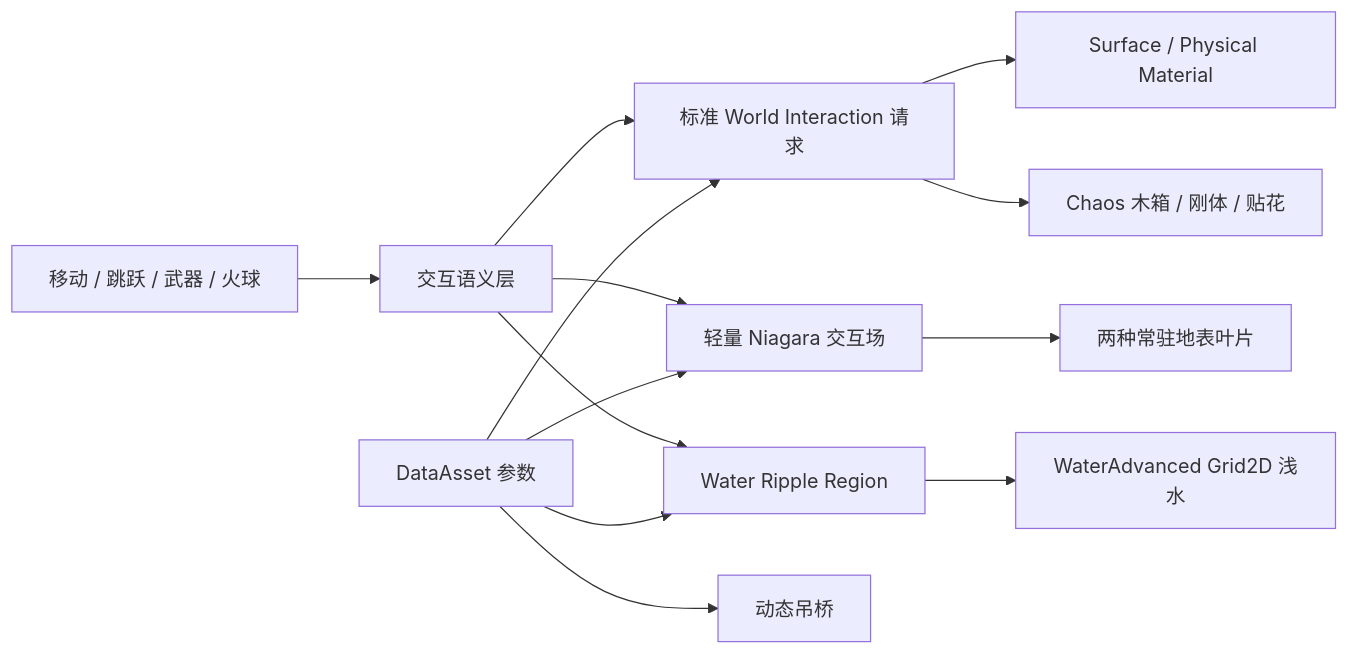
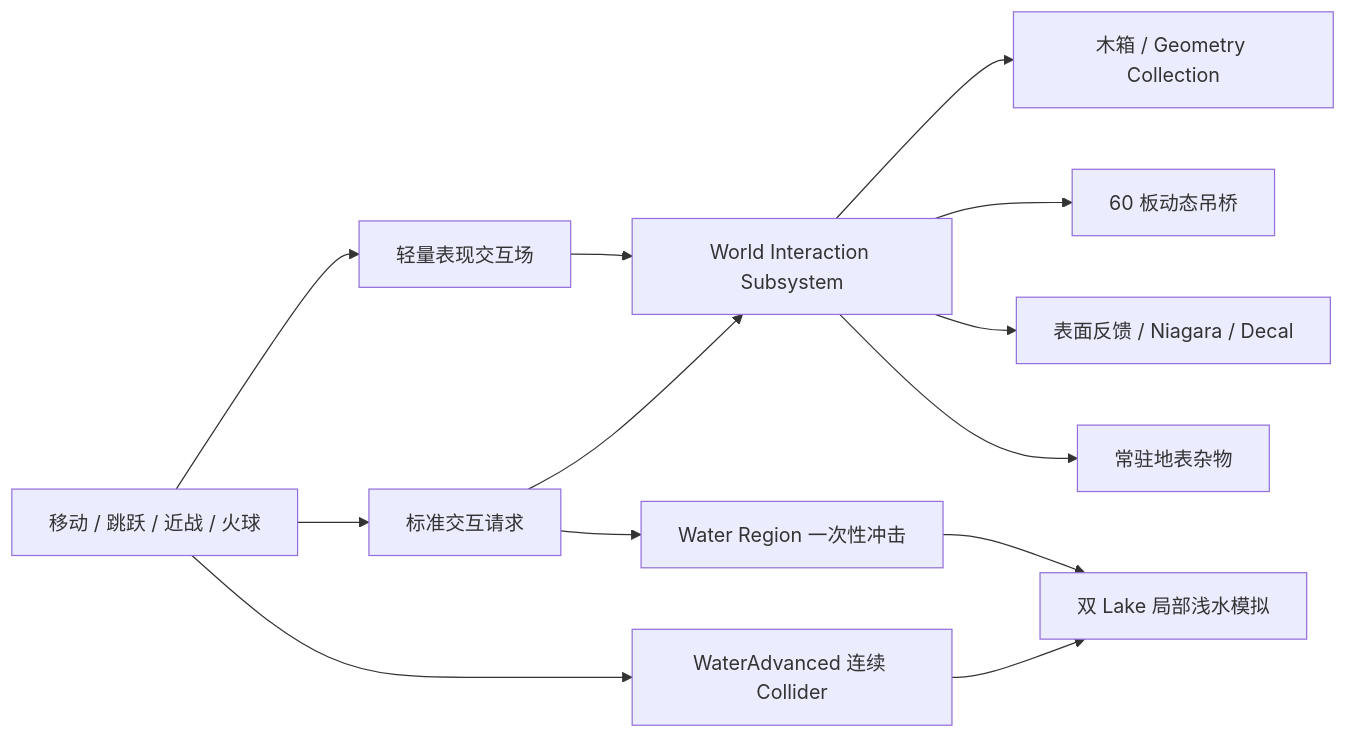
One commit to GoodNatGod/UE5-Physics-Interaction-Demo changed the second of 2 diagrams in README.md. Above: the diagram before and after it, drawn with Mermaid. The commit also changed other lines of this file, not shown here.

Commit message:
docs: refocus README on physics interaction design

````diff
--- a/README.md
+++ b/README.md
@@ -57,15 +132,15 @@
 ```mermaid
 flowchart LR
-    A["移动 / 跳跃 / 武器 / 火球"] --> B["交互语义层"]
-    B --> C["标准 World Interaction 请求"]
-    B --> D["轻量 Niagara 交互场"]
-    C --> E["Surface / Physical Material"]
-    C --> F["Chaos 木箱 / 刚体 / 贴花"]
-    D --> G["两种常驻地表叶片"]
-    B --> J["Water Ripple Region"]
-    J --> K["WaterAdvanced Grid2D 浅水"]
-    H["DataAsset 参数"] --> C
-    H --> D
-    H --> I["动态吊桥"]
-    H --> J
+    A["移动 / 跳跃 / 近战 / 火球"] --> B["标准交互请求"]
+    A --> C["轻量表现交互场"]
+    B --> D["World Interaction Subsystem"]
+    C --> D
+    D --> E["木箱 / Geometry Collection"]
+    D --> F["60 板动态吊桥"]
+    D --> G["表面反馈 / Niagara / Decal"]
+    D --> H["常驻地表杂物"]
+    A --> I["WaterAdvanced 连续 Collider"]
+    B --> J["Water Region 一次性冲击"]
+    I --> K["双 Lake 局部浅水模拟"]
+    J --> K
 ```
````
